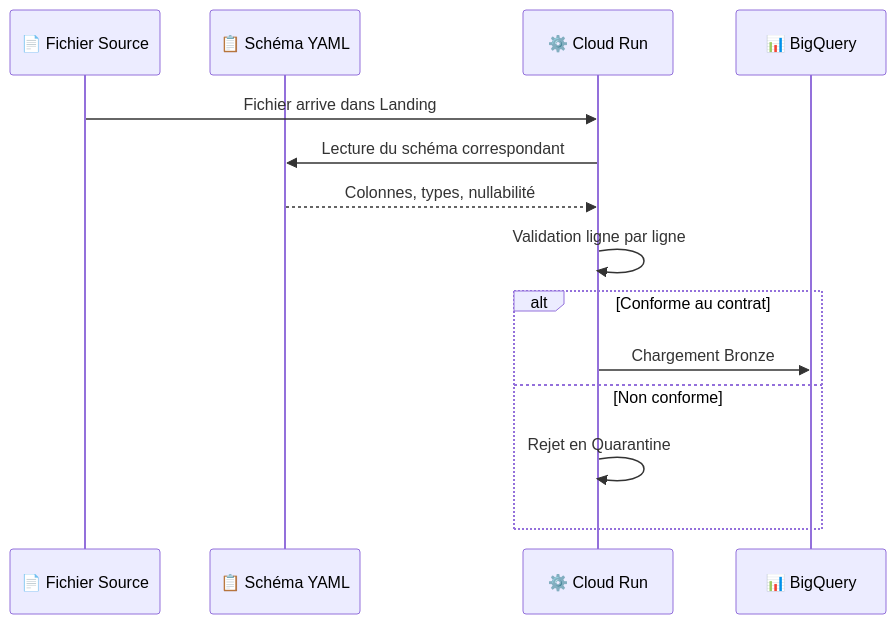
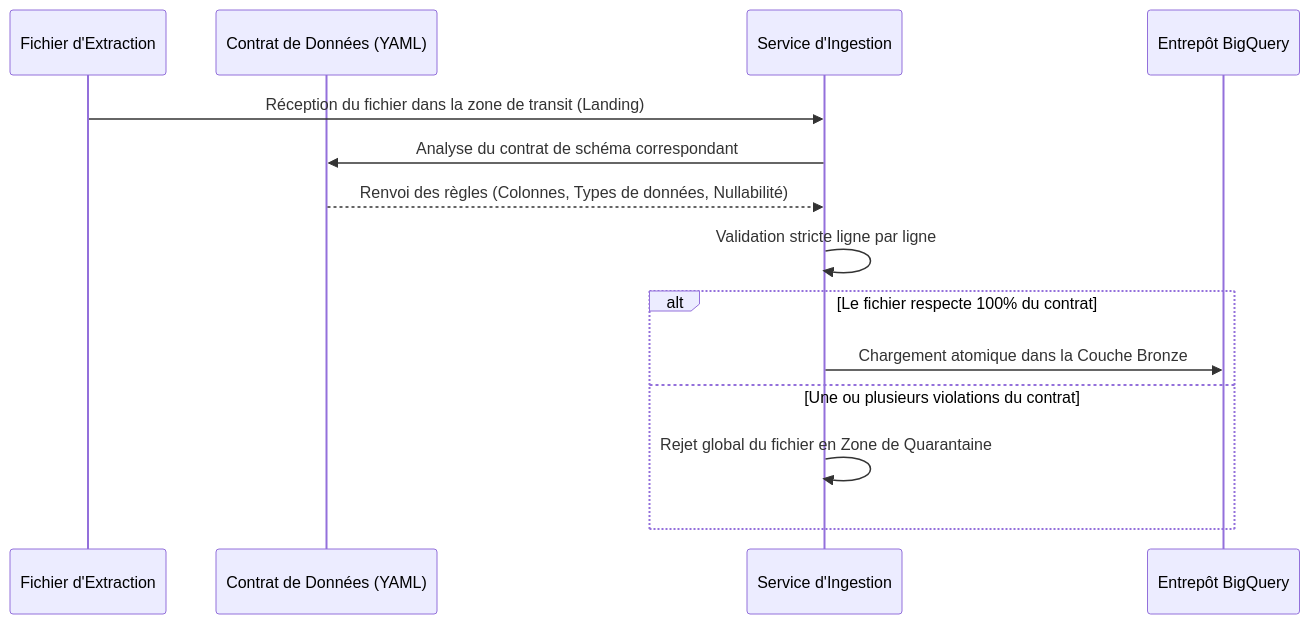
Before and after one commit to maxencenho-cloud/data-platform-runbook: the third of 3 diagrams in docs/ATELIER_02_DONNEES.md, drawn with Mermaid. The commit also changed other lines of this file and 1 other file, not shown here.

Commit message:
docs: update architecture documentation and add support for data ingestion specifications

````diff
--- a/docs/ATELIER_02_DONNEES.md
+++ b/docs/ATELIER_02_DONNEES.md
@@ -104,18 +69,18 @@
 ```mermaid
 sequenceDiagram
-    participant F as 📄 Fichier Source
-    participant S as 📋 Schéma YAML
-    participant CR as ⚙️ Cloud Run
-    participant BQ as 📊 BigQuery
+    participant F as Fichier d'Extraction
+    participant S as Contrat de Données (YAML)
+    participant CR as Service d'Ingestion
+    participant BQ as Entrepôt BigQuery
 
-    F->>CR: Fichier arrive dans Landing
-    CR->>S: Lecture du schéma correspondant
-    S-->>CR: Colonnes, types, nullabilité
-    CR->>CR: Validation ligne par ligne
+    F->>CR: Réception du fichier dans la zone de transit (Landing)
+    CR->>S: Analyse du contrat de schéma correspondant
+    S-->>CR: Renvoi des règles (Colonnes, Types de données, Nullabilité)
+    CR->>CR: Validation stricte ligne par ligne
     
-    alt Conforme au contrat
-        CR->>BQ: Chargement Bronze
-    else Non conforme
-        CR->>CR: Rejet en Quarantine
+    alt Le fichier respecte 100% du contrat
+        CR->>BQ: Chargement atomique dans la Couche Bronze
+    else Une ou plusieurs violations du contrat
+        CR->>CR: Rejet global du fichier en Zone de Quarantaine
     end
 ```
````
